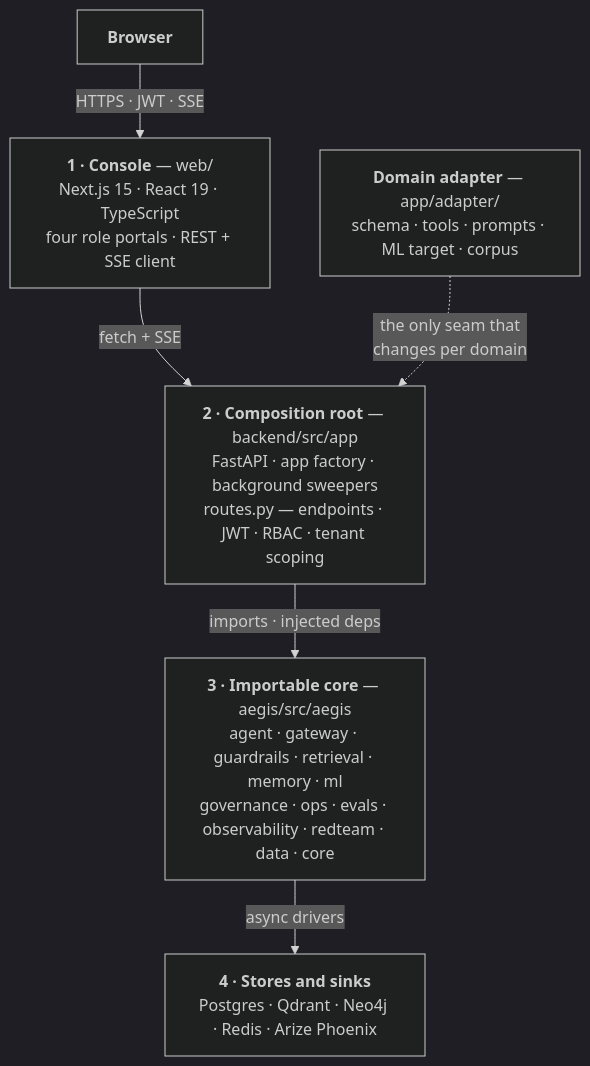
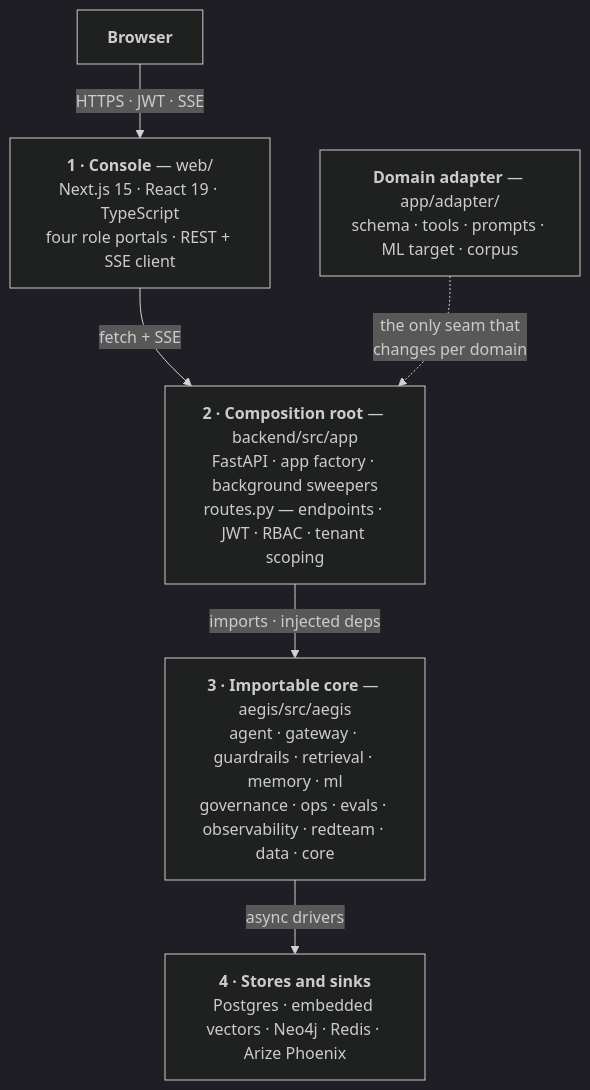
The diagram in README.md (yrevash/aegis), drawn with Mermaid (dark theme) before and after one commit. The commit also changed other lines of this file and 79 other files, not shown here.

````diff
--- a/README.md
+++ b/README.md
@@ -100,15 +100,15 @@
 ```mermaid
 flowchart TB
     B["<b>Browser</b>"]
     L1["<b>1 · Console</b> — web/<br/>Next.js 15 · React 19 · TypeScript<br/>four role portals · REST + SSE client"]
     L2["<b>2 · Composition root</b> — backend/src/app<br/>FastAPI · app factory · background sweepers<br/>routes.py — endpoints · JWT · RBAC · tenant scoping"]
     L3["<b>3 · Importable core</b> — aegis/src/aegis<br/>agent · gateway · guardrails · retrieval · memory · ml<br/>governance · ops · evals · observability · redteam · data · core"]
-    L4["<b>4 · Stores and sinks</b><br/>Postgres · Qdrant · Neo4j · Redis · Arize Phoenix"]
+    L4["<b>4 · Stores and sinks</b><br/>Postgres · embedded vectors · Neo4j · Redis · Arize Phoenix"]
     AD["<b>Domain adapter</b> — app/adapter/<br/>schema · tools · prompts · ML target · corpus"]
 
     B -->|"HTTPS · JWT · SSE"| L1
     L1 -->|"fetch + SSE"| L2
     L2 -->|"imports · injected deps"| L3
     L3 -->|"async drivers"| L4
     AD -.->|"the only seam that<br/>changes per domain"| L2
 ```
````
